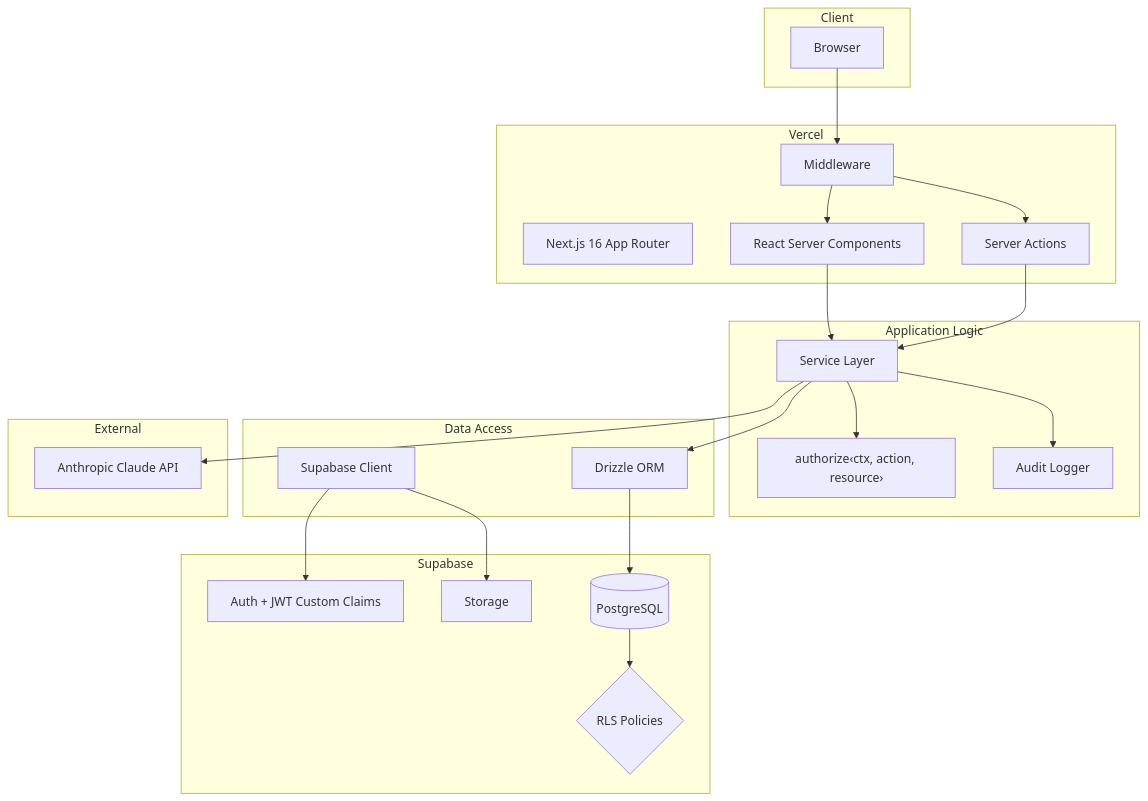
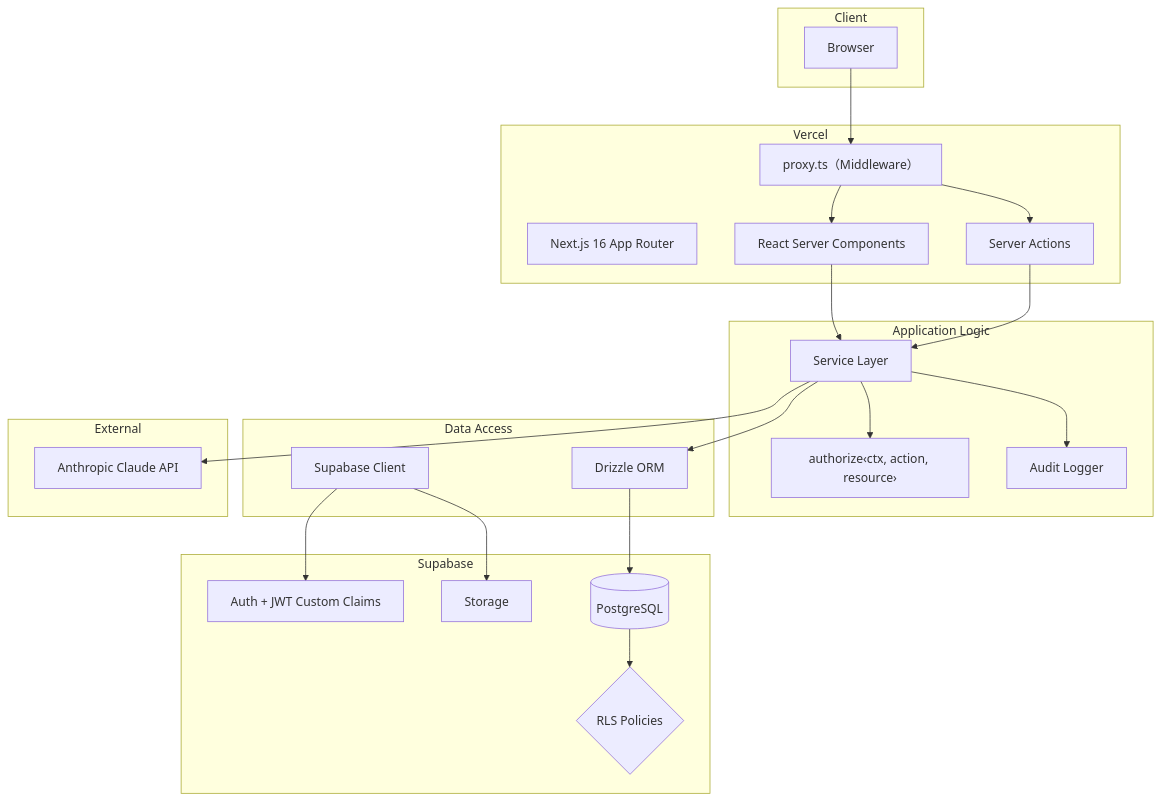
One commit to TakuyaMiyashita/fondra-hr changed the diagram in docs/architecture/system-overview.md. Above: the diagram before and after it, drawn with Mermaid. The commit also changed 11 other files, not shown here.

````diff
--- a/docs/architecture/system-overview.md
+++ b/docs/architecture/system-overview.md
@@ -5,49 +5,49 @@
 ```mermaid
 graph TB
     subgraph "Client"
         BROWSER[Browser]
     end
 
     subgraph "Vercel"
         NEXT[Next.js 16 App Router]
         RSC[React Server Components]
         SA[Server Actions]
-        MW[Middleware]
+        MW["proxy.ts（Middleware）"]
     end
 
     subgraph "Application Logic"
         SVC[Service Layer]
         AUTHZ[authorize‹ctx, action, resource›]
         AUDIT[Audit Logger]
     end
 
     subgraph "Data Access"
         DRIZZLE[Drizzle ORM]
         SB_CLIENT[Supabase Client]
     end
 
     subgraph "Supabase"
         SB_AUTH[Auth + JWT Custom Claims]
         SB_STORAGE[Storage]
         PG[(PostgreSQL)]
         RLS{RLS Policies}
     end
 
     subgraph "External"
         LLM[Anthropic Claude API]
     end
 
     BROWSER --> MW
     MW --> RSC
     MW --> SA
     RSC --> SVC
     SA --> SVC
     SVC --> AUTHZ
     SVC --> DRIZZLE
     SVC --> AUDIT
     SVC --> LLM
     DRIZZLE --> PG
     PG --> RLS
     SB_CLIENT --> SB_AUTH
     SB_CLIENT --> SB_STORAGE
 ```
````
